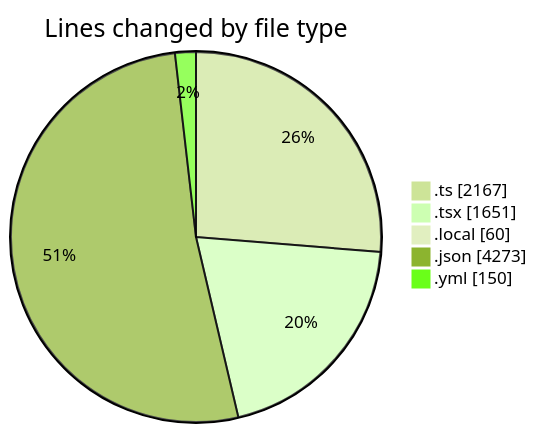
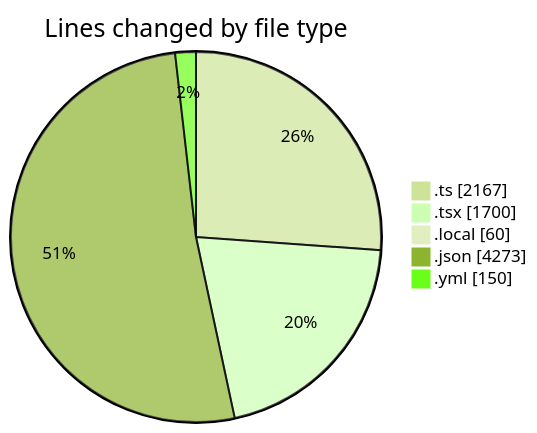
Before and after one commit to julien-gomy/code-tracking: the first of 2 diagrams in 2025-11-26/eventscop-frontend-guide__workspace_/README.md, drawn with Mermaid (forest theme). The commit also changed other lines of this file and 1 other file, not shown here.

````diff
--- a/2025-11-26/eventscop-frontend-guide__workspace_/README.md
+++ b/2025-11-26/eventscop-frontend-guide__workspace_/README.md
@@ -39,9 +40,9 @@
 ```mermaid
 pie showData
 title Lines changed by file type
 ".ts" : 2167
-".tsx" : 1651
+".tsx" : 1700
 ".local" : 60
 ".json" : 4273
 ".yml" : 150
 ```
````
